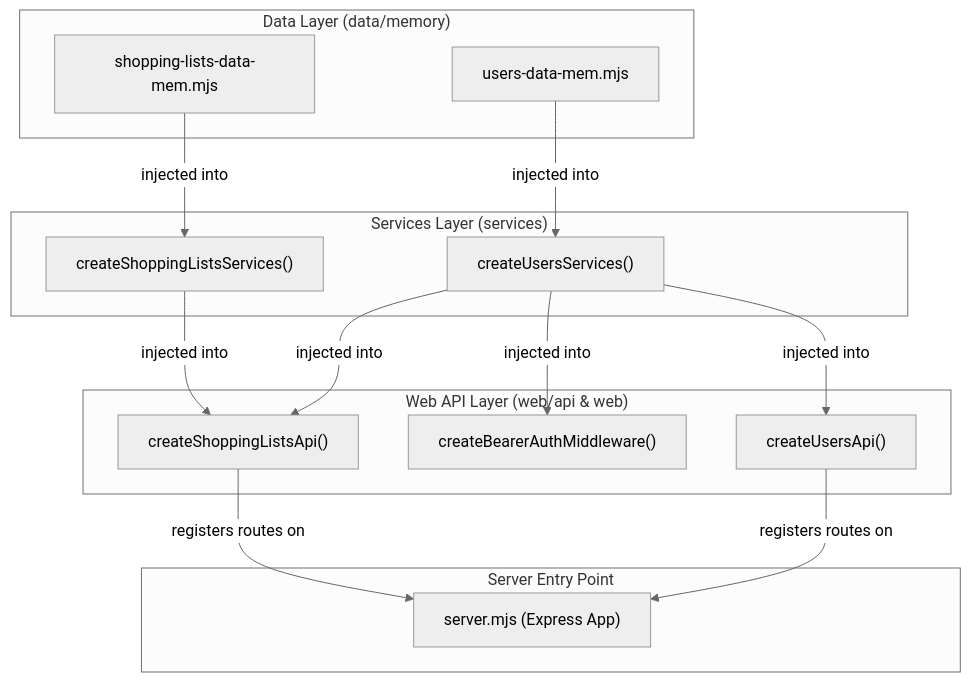
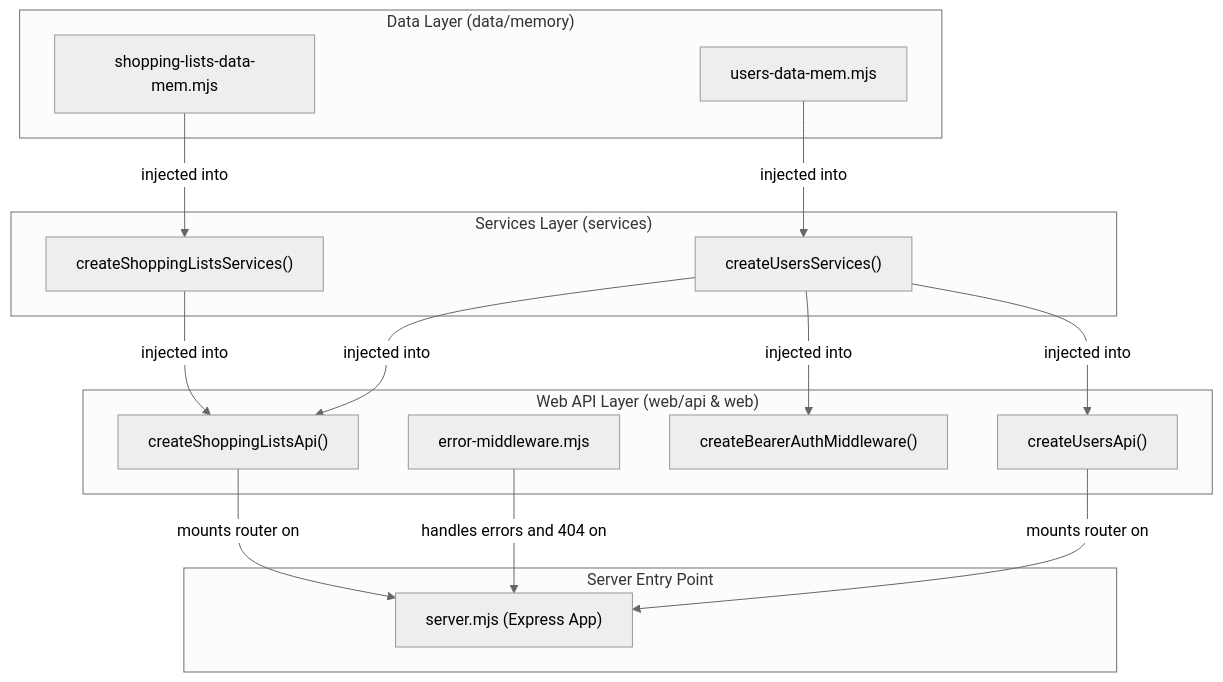
Before and after one commit to isel-leic-ipw/2627-leic33D-34D-shopping-lists-app: the first of 2 diagrams in README.md, drawn with Mermaid (neutral theme). The commit also changed other lines of this file and 9 other files, not shown here.

Commit message:
Add Express Router and error-handler middleware

````diff
--- a/README.md
+++ b/README.md
@@ -45,33 +45,35 @@
 ```mermaid
 flowchart TD
     subgraph DataLayer ["Data Layer (data/memory)"]
         SLData["shopping-lists-data-mem.mjs"]
         UData["users-data-mem.mjs"]
     end
 
     subgraph ServicesLayer ["Services Layer (services)"]
         SLServices["createShoppingListsServices()"]
         UServices["createUsersServices()"]
     end
 
     subgraph WebLayer ["Web API Layer (web/api & web)"]
         AuthMid["createBearerAuthMiddleware()"]
+        ErrorMid["error-middleware.mjs"]
         SLApi["createShoppingListsApi()"]
         UApi["createUsersApi()"]
     end
 
     subgraph ServerLayer ["Server Entry Point"]
         Server["server.mjs (Express App)"]
     end
 
     SLData -->|"injected into"| SLServices
     UData -->|"injected into"| UServices
 
     SLServices -->|"injected into"| SLApi
     UServices -->|"injected into"| SLApi
     UServices -->|"injected into"| AuthMid
     UServices -->|"injected into"| UApi
 
-    SLApi -->|"registers routes on"| Server
-    UApi -->|"registers routes on"| Server
+    UApi -->|"mounts router on"| Server
+    SLApi -->|"mounts router on"| Server
+    ErrorMid -->|"handles errors and 404 on"| Server
 ```
````
